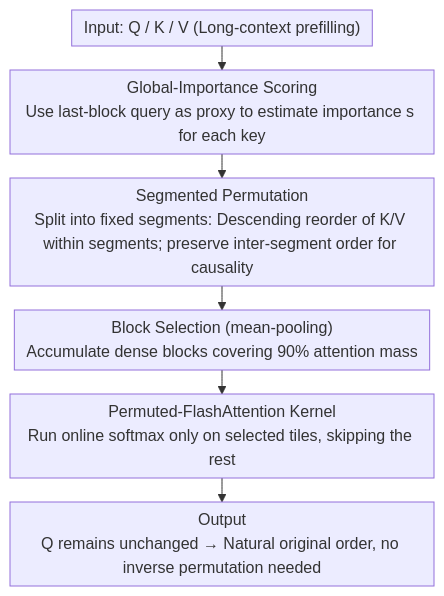
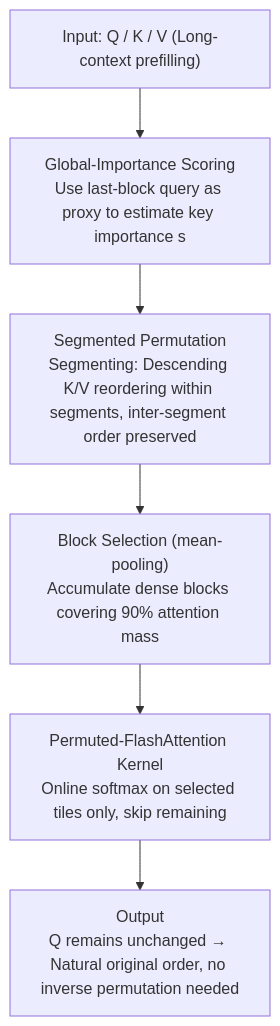
Before and after one commit to zhaoyang97/Paper-Notes-en: the diagram in docs/ICML2026/llm_efficiency/sparser_block-sparse_attention_via_token_permutation.md, drawn with Mermaid. The commit also changed other lines of this file and 5084 other files, not shown here.

````diff
--- a/docs/ICML2026/llm_efficiency/sparser_block-sparse_attention_via_token_permutation.md
+++ b/docs/ICML2026/llm_efficiency/sparser_block-sparse_attention_via_token_permutation.md
@@ -46,9 +46,8 @@
 ```mermaid
-%%{init: {'flowchart': {'rankSpacing': 24, 'nodeSpacing': 28, 'padding': 6, 'wrappingWidth': 400}}}%%
-flowchart TD
-    A["Input: Q / K / V (Long-context prefilling)"] --> B["Global-Importance Scoring<br/>Use last-block query as proxy to estimate importance s for each key"]
-    B --> C["Segmented Permutation<br/>Split into fixed segments: Descending reorder of K/V within segments; preserve inter-segment order for causality"]
+graph TD
+    A["Input: Q / K / V (Long-context prefilling)"] --> B["Global-Importance Scoring<br/>Use last-block query as proxy to estimate key importance s"]
+    B --> C["Segmented Permutation<br/>Segmenting: Descending K/V reordering within segments, inter-segment order preserved"]
     C --> D["Block Selection (mean-pooling)<br/>Accumulate dense blocks covering 90% attention mass"]
-    D --> E["Permuted-FlashAttention Kernel<br/>Run online softmax only on selected tiles, skipping the rest"]
+    D --> E["Permuted-FlashAttention Kernel<br/>Online softmax on selected tiles only, skip remaining"]
     E --> F["Output<br/>Q remains unchanged → Natural original order, no inverse permutation needed"]
 ```
````
